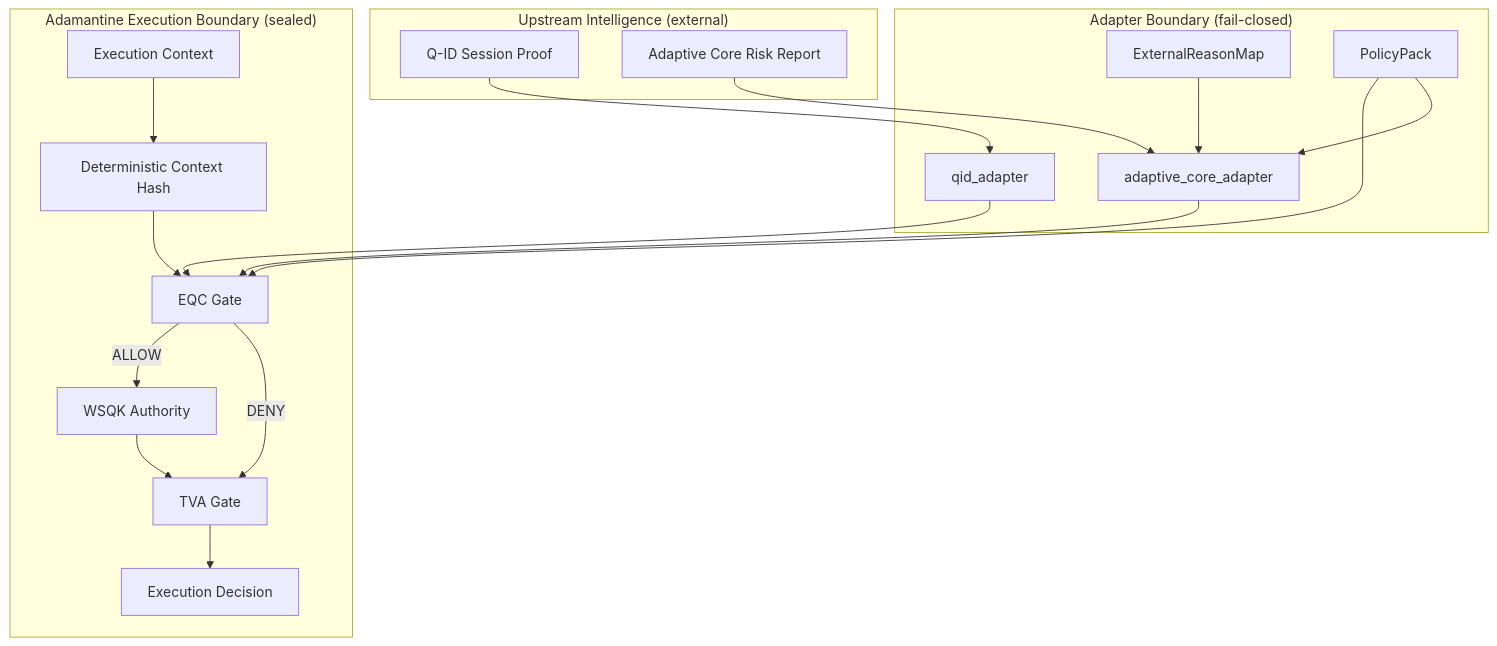
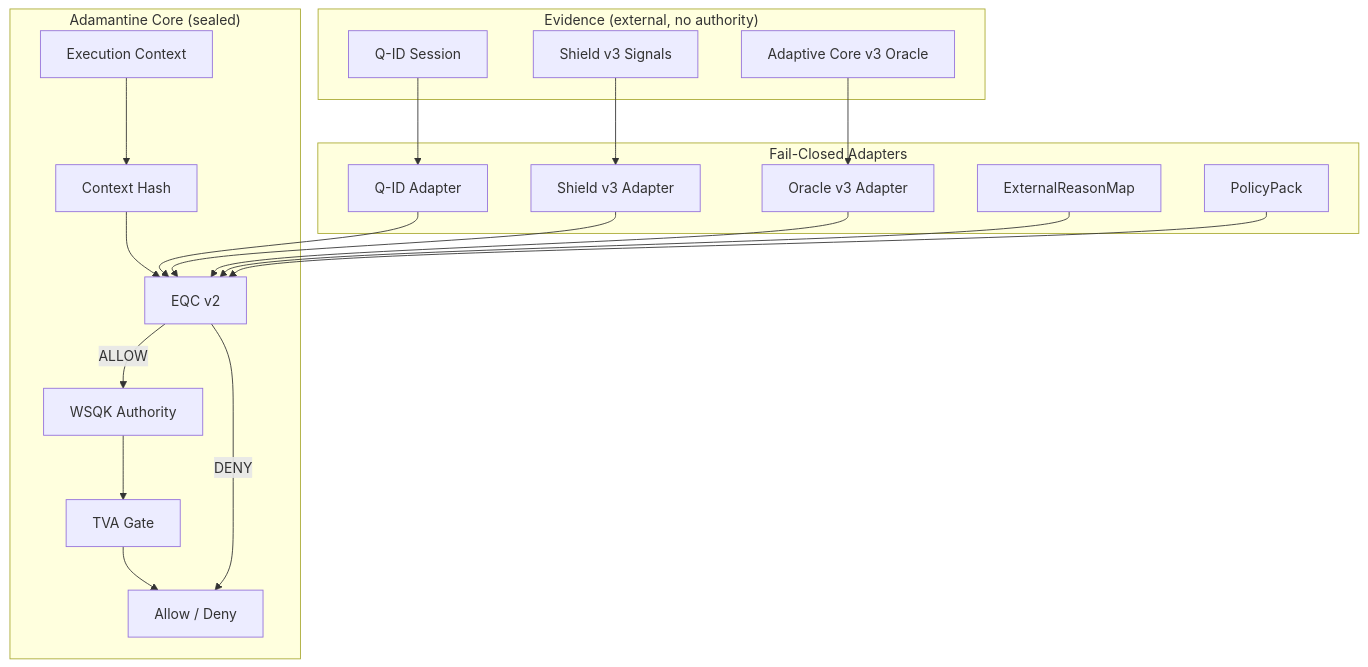
The diagram in README.md (DarekDGB/DigiByte-AdamantineOS), drawn with Mermaid before and after one commit. The commit also changed other lines of this file, not shown here.

Commit message:
docs: align README with sealed foundation (EQC v2, Shield v3, Oracle v3); add architecture diagram; fix coverage badge

````diff
--- a/README.md
+++ b/README.md
@@ -108,36 +77,40 @@
 ```mermaid
 flowchart TD
-  subgraph Upstream["Upstream Intelligence (external)"]
-    QID["Q-ID Session Proof"]
-    AC["Adaptive Core Risk Report"]
+  subgraph Evidence["Evidence (external, no authority)"]
+    QID["Q-ID Session"]
+    SHIELD["Shield v3 Signals"]
+    ORACLE["Adaptive Core v3 Oracle"]
   end
 
-  subgraph Adapters["Adapter Boundary (fail-closed)"]
-    QIDA["qid_adapter"]
-    ACA["adaptive_core_adapter"]
+  subgraph Adapters["Fail-Closed Adapters"]
+    QIDA["Q-ID Adapter"]
+    SHAD["Shield v3 Adapter"]
+    ORAD["Oracle v3 Adapter"]
     MAP["ExternalReasonMap"]
     PACK["PolicyPack"]
   end
 
-  subgraph Core["Adamantine Execution Boundary (sealed)"]
+  subgraph Core["Adamantine Core (sealed)"]
     CTX["Execution Context"]
-    HASH["Deterministic Context Hash"]
-    EQC["EQC Gate"]
+    HASH["Context Hash"]
+    EQC["EQC v2"]
     WSQK["WSQK Authority"]
     TVA["TVA Gate"]
-    EXEC["Execution Decision"]
+    DEC["Allow / Deny"]
   end
 
   QID --> QIDA
-  AC --> ACA
+  SHIELD --> SHAD
+  ORACLE --> ORAD
+
+  MAP --> EQC
   PACK --> EQC
-  PACK --> ACA
-  MAP --> ACA
 
   CTX --> HASH --> EQC
   QIDA --> EQC
-  ACA --> EQC
+  SHAD --> EQC
+  ORAD --> EQC
 
-  EQC -->|ALLOW| WSQK --> TVA --> EXEC
-  EQC -->|DENY| TVA
+  EQC -->|ALLOW| WSQK --> TVA --> DEC
+  EQC -->|DENY| DEC
 ```
````
